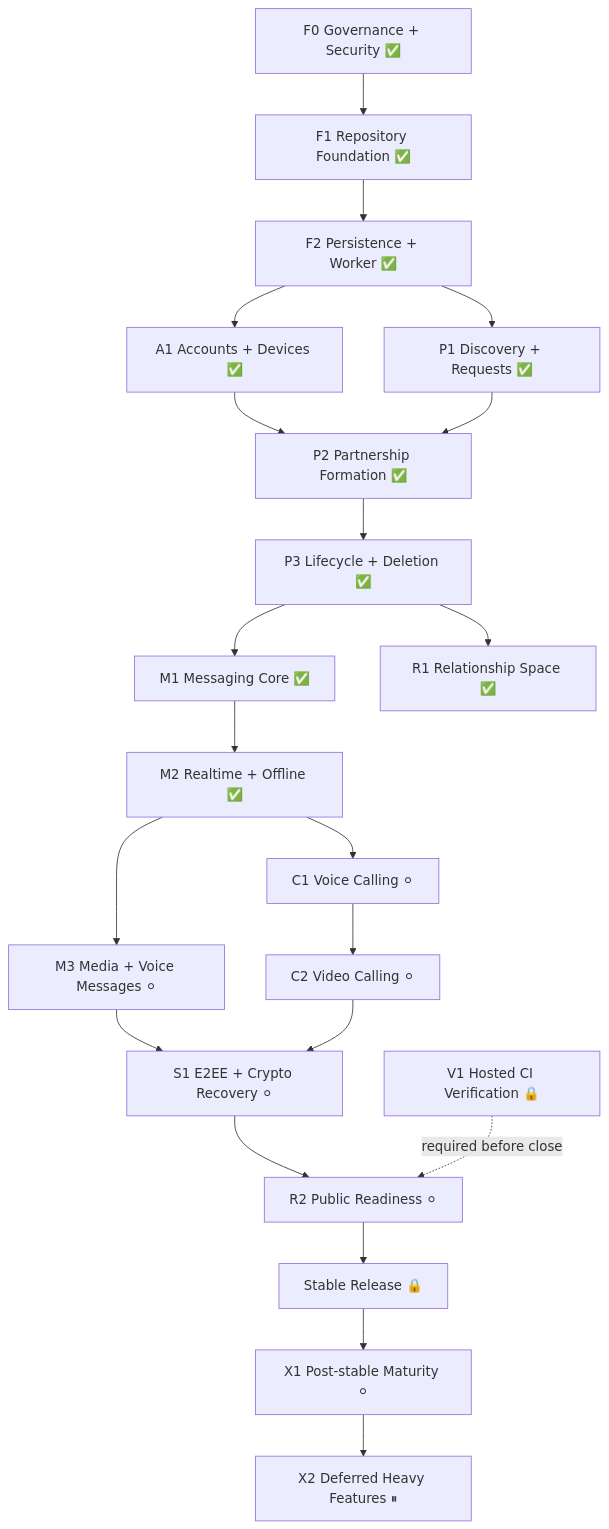
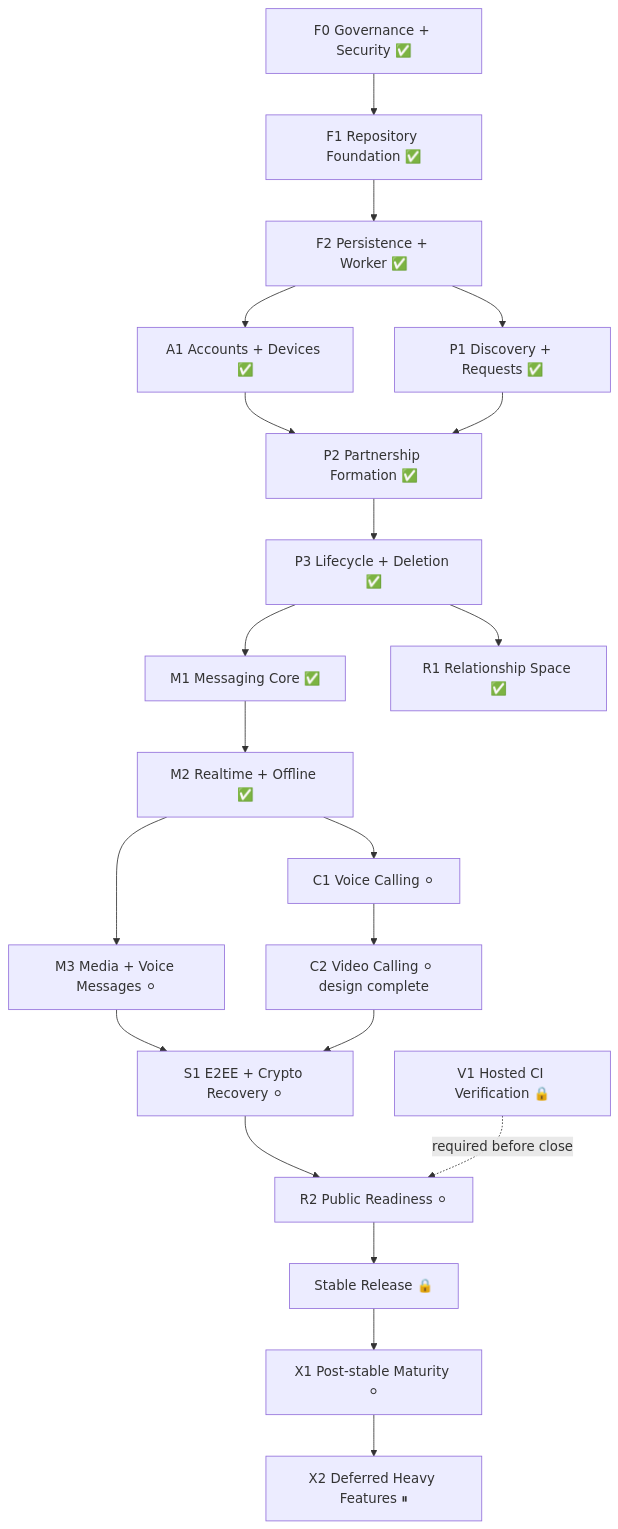
Before and after one commit to ekamal22/shawtie-pls-app: the diagram in docs/EXECUTION_GRAPH.md, drawn with Mermaid. The commit also changed other lines of this file and 22 other files, not shown here.

First line of the commit message:
docs: design C2 video calling architecture [skip ci]

```diff
--- a/docs/EXECUTION_GRAPH.md
+++ b/docs/EXECUTION_GRAPH.md
@@ -87,32 +87,32 @@
 ~~~mermaid
 flowchart TD
     F0["F0 Governance + Security ✅"] --> F1["F1 Repository Foundation ✅"]
     F1 --> F2["F2 Persistence + Worker ✅"]
 
     F2 --> A1["A1 Accounts + Devices ✅"]
     F2 --> P1["P1 Discovery + Requests ✅"]
 
     A1 --> P2["P2 Partnership Formation ✅"]
     P1 --> P2
 
     P2 --> P3["P3 Lifecycle + Deletion ✅"]
 
     P3 --> M1["M1 Messaging Core ✅"]
     P3 --> R1["R1 Relationship Space ✅"]
 
     M1 --> M2["M2 Realtime + Offline ✅"]
 
     M2 --> M3["M3 Media + Voice Messages ⚪"]
     M2 --> C1["C1 Voice Calling ⚪"]
-    C1 --> C2["C2 Video Calling ⚪"]
+    C1 --> C2["C2 Video Calling ⚪ design complete"]
 
     M3 --> S1["S1 E2EE + Crypto Recovery ⚪"]
     C2 --> S1
 
     S1 --> R2["R2 Public Readiness ⚪"]
     V1["V1 Hosted CI Verification 🔒"] -. required before close .-> R2
 
     R2 --> RELEASE["Stable Release 🔒"]
     RELEASE --> X1["X1 Post-stable Maturity ⚪"]
     X1 --> X2["X2 Deferred Heavy Features ⏸"]
 ~~~
```
